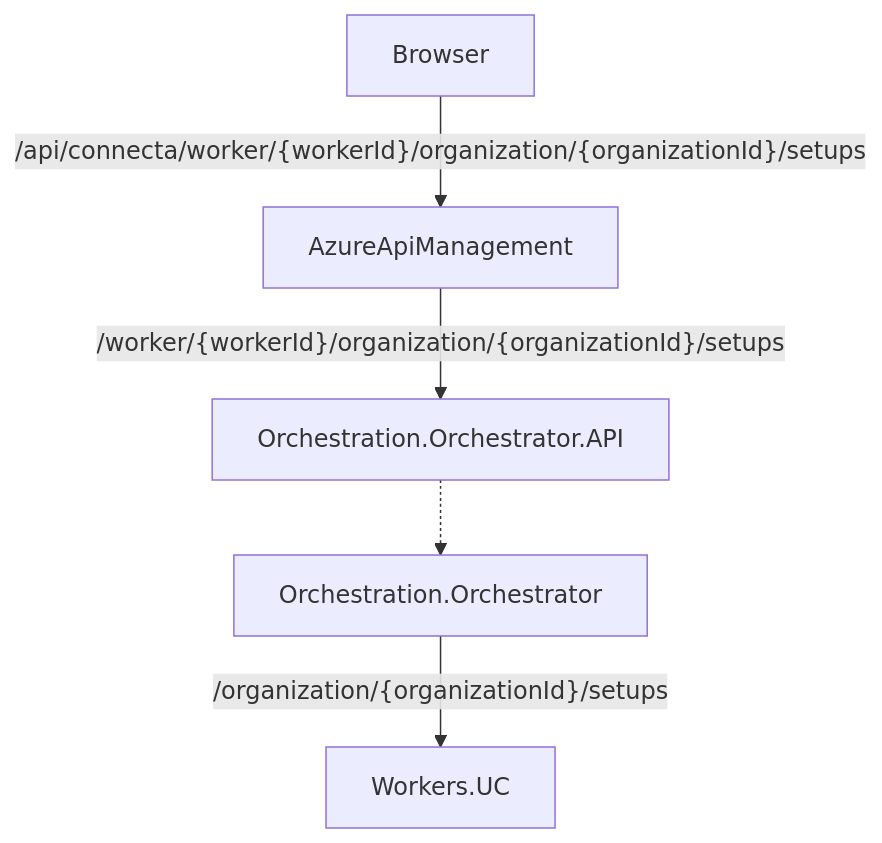
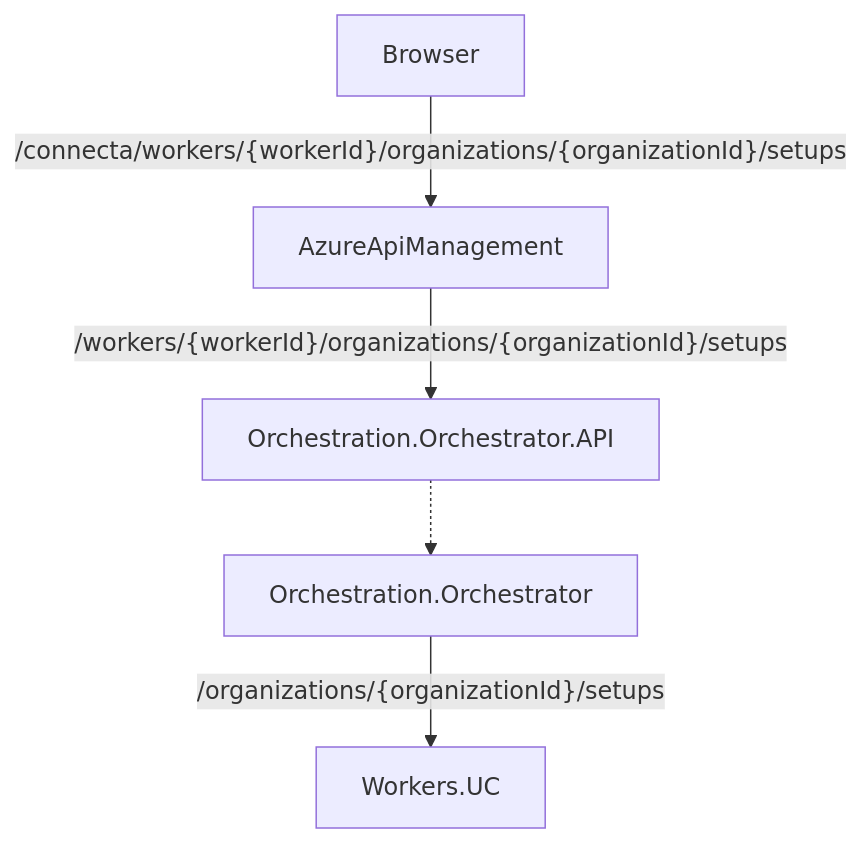
The diagram in content/new-connecta/architecture/flows.md (00spoiler00/documentation), drawn with Mermaid before and after one commit. The commit also changed other lines of this file and 3 other files, not shown here.

Commit message:
Add matching sections. Update newConnecta architecture flows.

````diff
--- a/content/new-connecta/architecture/flows.md
+++ b/content/new-connecta/architecture/flows.md
@@ -9,8 +10,8 @@
 ```mermaid
 
 flowchart
-    Browser -- /api/connecta/worker/{workerId}/organization/{organizationId}/setups --> AzureApiManagement 
-    AzureApiManagement -- /worker/{workerId}/organization/{organizationId}/setups --> Orchestration.Orchestrator.API
+    Browser -- /connecta/workers/{workerId}/organizations/{organizationId}/setups --> AzureApiManagement 
+    AzureApiManagement -- /workers/{workerId}/organizations/{organizationId}/setups --> Orchestration.Orchestrator.API
     Orchestration.Orchestrator.API -.-> Orchestration.Orchestrator
-    Orchestration.Orchestrator -- /organization/{organizationId}/setups --> Workers.UC
+    Orchestration.Orchestrator -- /organizations/{organizationId}/setups --> Workers.UC
 ```
````
